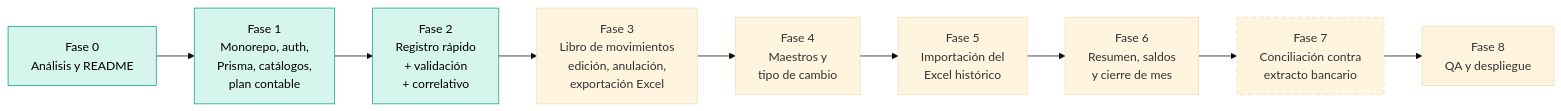
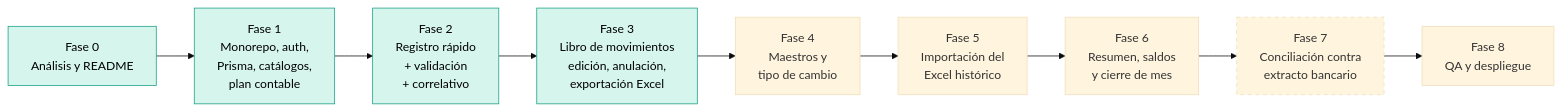
Before and after one commit to Jose27luis/conciliacion-bancaria: diagram 16 of 16 in README.md, drawn with Mermaid (base theme). The commit also changed other lines of this file, not shown here.

````diff
--- a/README.md
+++ b/README.md
@@ -787,16 +813,17 @@
 ```mermaid
 flowchart LR
     F0[Fase 0<br/>Análisis y README] --> F1
     F1[Fase 1<br/>Monorepo, auth,<br/>Prisma, catálogos,<br/>plan contable] --> F2
     F2[Fase 2<br/>Registro rápido<br/>+ validación<br/>+ correlativo] --> F3
     F3[Fase 3<br/>Libro de movimientos<br/>edición, anulación,<br/>exportación Excel] --> F4
     F4[Fase 4<br/>Maestros y<br/>tipo de cambio] --> F5
     F5[Fase 5<br/>Importación del<br/>Excel histórico] --> F6
     F6[Fase 6<br/>Resumen, saldos<br/>y cierre de mes] --> F7
     F7[Fase 7<br/>Conciliación contra<br/>extracto bancario] --> F8[Fase 8<br/>QA y despliegue]
 
     style F0 fill:#d6f5ec,stroke:#16a085,color:#000
     style F1 fill:#d6f5ec,stroke:#16a085,color:#000
     style F2 fill:#d6f5ec,stroke:#16a085,color:#000
+    style F3 fill:#d6f5ec,stroke:#16a085,color:#000
     style F7 stroke-dasharray: 5 5
 ```
````
